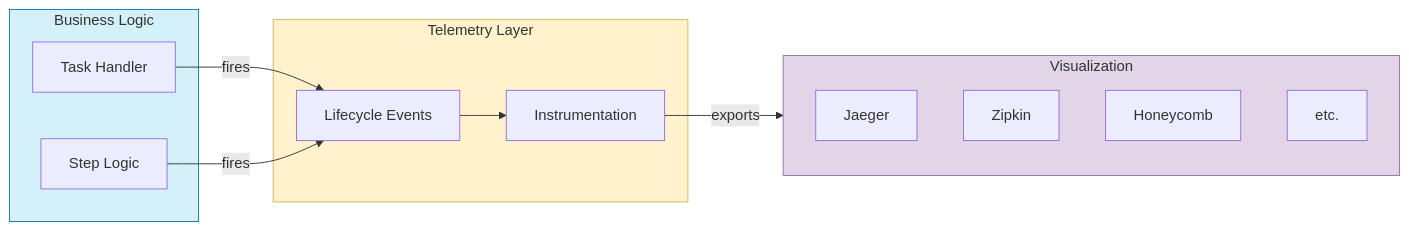
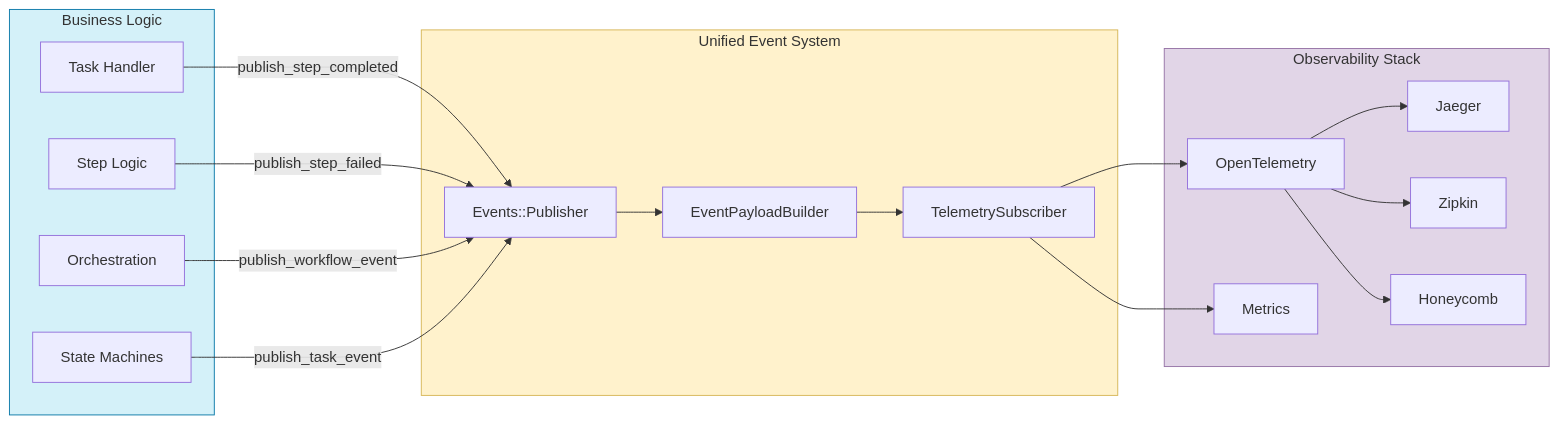
The diagram in docs/TELEMETRY.md (jcoletaylor/tasker), drawn with Mermaid before and after one commit. The commit also changed other lines of this file and 3 other files, not shown here.

````diff
--- a/docs/TELEMETRY.md
+++ b/docs/TELEMETRY.md
@@ -27,32 +30,44 @@
 ```mermaid
 flowchart LR
     subgraph Business["Business Logic"]
         TaskHandler["Task Handler"]
         StepLogic["Step Logic"]
+        Orchestration["Orchestration"]
+        StateMachine["State Machines"]
     end
 
-    subgraph Telemetry["Telemetry Layer"]
-        Events["Lifecycle Events"]
-        Instr["Instrumentation"]
+    subgraph EventSystem["Unified Event System"]
+        Publisher["Events::Publisher"]
+        PayloadBuilder["EventPayloadBuilder"]
+        TelemetrySubscriber["TelemetrySubscriber"]
     end
 
-    subgraph Visual["Visualization"]
+    subgraph Observability["Observability Stack"]
+        OpenTelemetry["OpenTelemetry"]
         Jaeger["Jaeger"]
         Zipkin["Zipkin"]
         Honeycomb["Honeycomb"]
-        Other["etc."]
+        Metrics["Metrics"]
     end
 
-    TaskHandler -->|fires| Events
-    StepLogic -->|fires| Events
-    Events --> Instr
-    Instr -->|exports| Visual
+    TaskHandler -->|publish_step_completed| Publisher
+    StepLogic -->|publish_step_failed| Publisher
+    Orchestration -->|publish_workflow_event| Publisher
+    StateMachine -->|publish_task_event| Publisher
+
+    Publisher --> PayloadBuilder
+    PayloadBuilder --> TelemetrySubscriber
+    TelemetrySubscriber --> OpenTelemetry
+    OpenTelemetry --> Jaeger
+    OpenTelemetry --> Zipkin
+    OpenTelemetry --> Honeycomb
+    TelemetrySubscriber --> Metrics
 
     classDef business fill:#d4f1f9,stroke:#0b79a8
-    classDef telemetry fill:#fff2cc,stroke:#d6b656
-    classDef visual fill:#e1d5e7,stroke:#9673a6
+    classDef events fill:#fff2cc,stroke:#d6b656
+    classDef observability fill:#e1d5e7,stroke:#9673a6
 
     class Business business
-    class Telemetry telemetry
-    class Visual visual
+    class EventSystem events
+    class Observability observability
 ```
````
